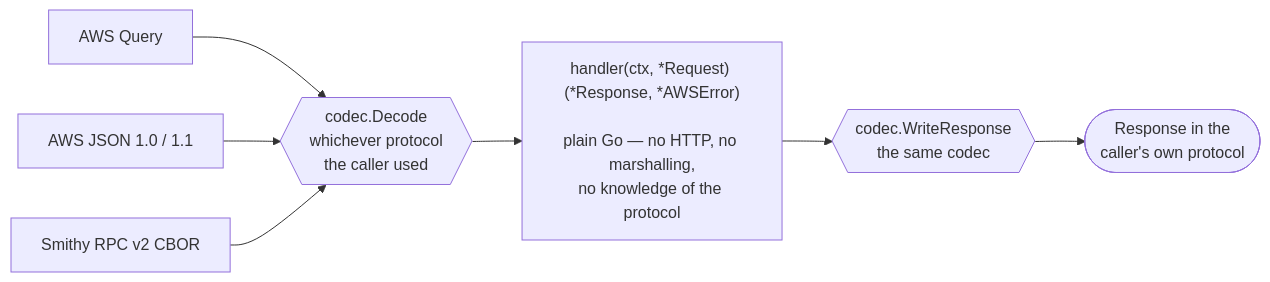
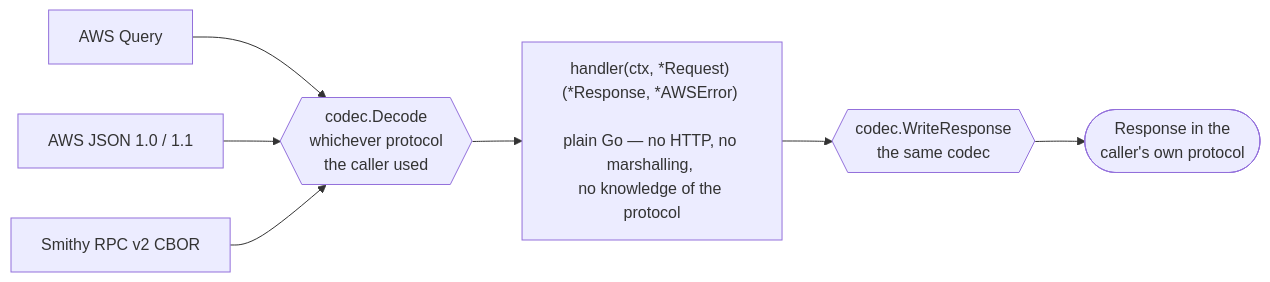
One commit to Neaox/overcast changed the third of 5 diagrams in docs/dev/architecture.md. Above: the diagram before and after it, drawn with Mermaid. The commit also changed other lines of this file, not shown here.

First line of the commit message:
docs(dev): space before line breaks in the mermaid labels

````diff
--- a/docs/dev/architecture.md
+++ b/docs/dev/architecture.md
@@ -634,10 +634,10 @@
 ```mermaid
 flowchart LR
     Q[AWS Query] --> D
     J[AWS JSON 1.0 / 1.1] --> D
     C[Smithy RPC v2 CBOR] --> D
-    D{{"codec.Decode<br/>whichever protocol<br/>the caller used"}} --> F
-    F["handler(ctx, *Request) (*Response, *AWSError)<br/><br/>plain Go — no HTTP, no marshalling,<br/>no knowledge of the protocol"]
-    F --> W{{"codec.WriteResponse<br/>the same codec"}}
-    W --> O([Response in the<br/>caller's own protocol])
+    D{{"codec.Decode <br/>whichever protocol <br/>the caller used"}} --> F
+    F["handler(ctx, *Request) (*Response, *AWSError) <br/> <br/>plain Go — no HTTP, no marshalling, <br/>no knowledge of the protocol"]
+    F --> W{{"codec.WriteResponse <br/>the same codec"}}
+    W --> O([Response in the <br/>caller's own protocol])
 ```
````
